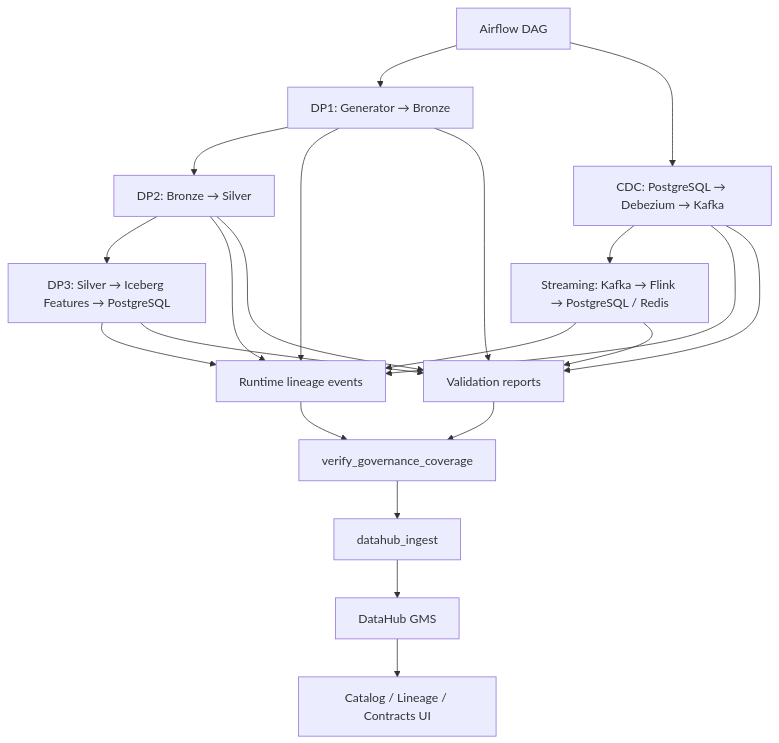
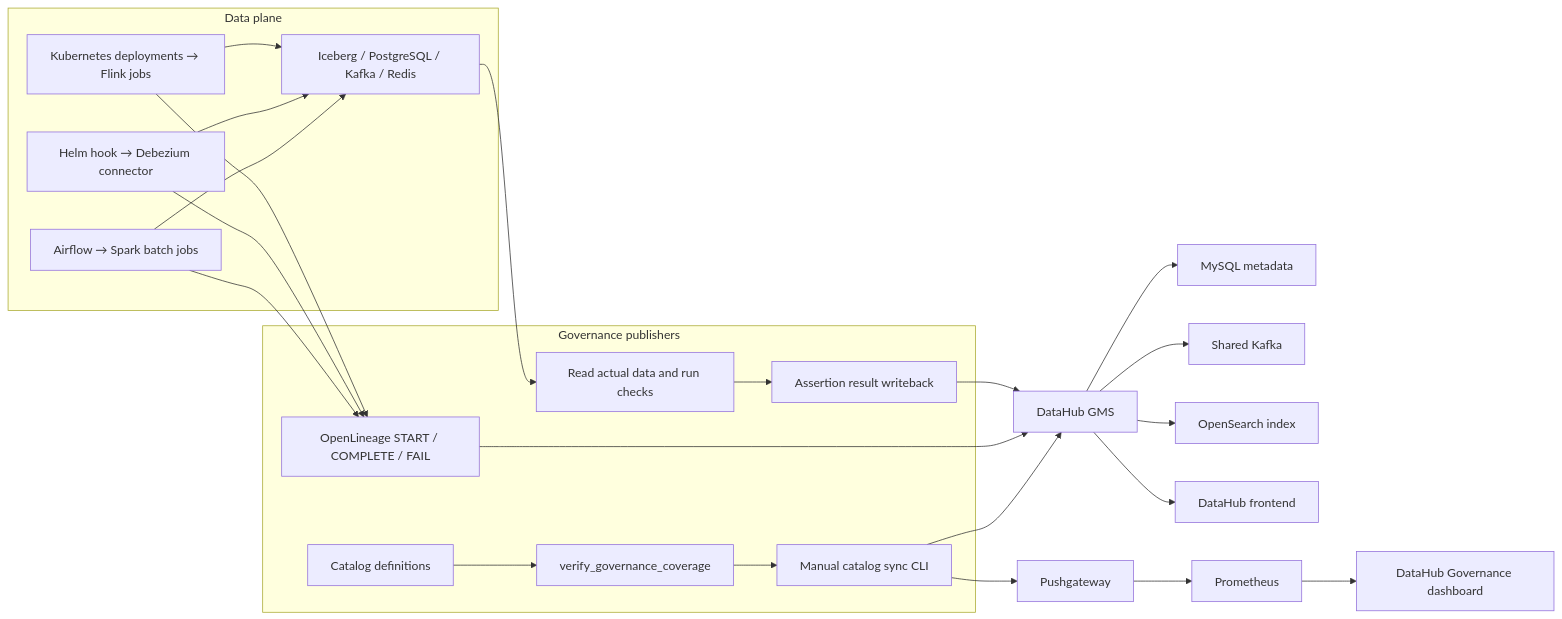
The diagram in docs/submission/rubic-(mini-coursework)/data_governance.md (itsmekhoathekid/RecSys-MLops), drawn with Mermaid before and after one commit. The commit also changed other lines of this file and 74 other files, not shown here.

Commit message:
docs(schema-design) : remove fact tables from silver + add dbeaver proof

````diff
--- a/docs/submission/rubic-(mini-coursework)/data_governance.md
+++ b/docs/submission/rubic-(mini-coursework)/data_governance.md
@@ -15,28 +15,33 @@
 ```mermaid
-flowchart TD
-  Airflow["Airflow DAG"] --> DP1["DP1: Generator → Bronze"]
-  DP1 --> DP2["DP2: Bronze → Silver"]
-  DP2 --> DP3["DP3: Silver → Iceberg Features → PostgreSQL"]
+flowchart LR
+  subgraph DataPlane["Data plane"]
+    Batch["Airflow → Spark batch jobs"]
+    CDC["Helm hook → Debezium connector"]
+    Stream["Kubernetes deployments → Flink jobs"]
+    Stores["Iceberg / PostgreSQL / Kafka / Redis"]
+    Batch --> Stores
+    CDC --> Stores
+    Stream --> Stores
+  end
 
-  Airflow --> CDC["CDC: PostgreSQL → Debezium → Kafka"]
-  CDC --> Flink["Streaming: Kafka → Flink → PostgreSQL / Redis"]
+  subgraph GovernancePublishers["Governance publishers"]
+    Definitions["Catalog definitions"] --> Coverage["verify_governance_coverage"]
+    Coverage --> CatalogCLI["Manual catalog sync CLI"]
+    Batch --> OL["OpenLineage START / COMPLETE / FAIL"]
+    CDC --> OL
+    Stream --> OL
+    Stores --> Validator["Read actual data and run checks"]
+    Validator --> Results["Assertion result writeback"]
+  end
 
-  DP1 --> LE["Runtime lineage events"]
-  DP2 --> LE
-  DP3 --> LE
-  CDC --> LE
-  Flink --> LE
-
-  DP1 --> VR["Validation reports"]
-  DP2 --> VR
-  DP3 --> VR
-  CDC --> VR
-  Flink --> VR
-
-  LE --> Gate["verify_governance_coverage"]
-  VR --> Gate
-  Gate --> Ingest["datahub_ingest"]
-
-  Ingest --> GMS["DataHub GMS"]
-  GMS --> UI["Catalog / Lineage / Contracts UI"]
+  CatalogCLI --> GMS["DataHub GMS"]
+  OL --> GMS
+  Results --> GMS
+  GMS --> MySQL["MySQL metadata"]
+  GMS --> Kafka["Shared Kafka"]
+  GMS --> Search["OpenSearch index"]
+  GMS --> UI["DataHub frontend"]
+  CatalogCLI --> Pushgateway["Pushgateway"]
+  Pushgateway --> Prometheus["Prometheus"]
+  Prometheus --> Grafana["DataHub Governance dashboard"]
 ```
````
